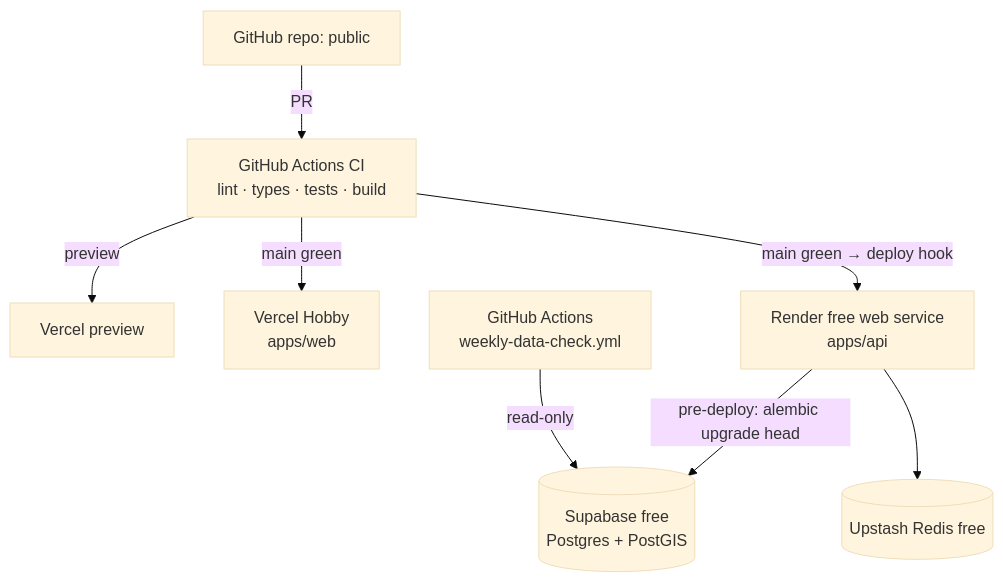
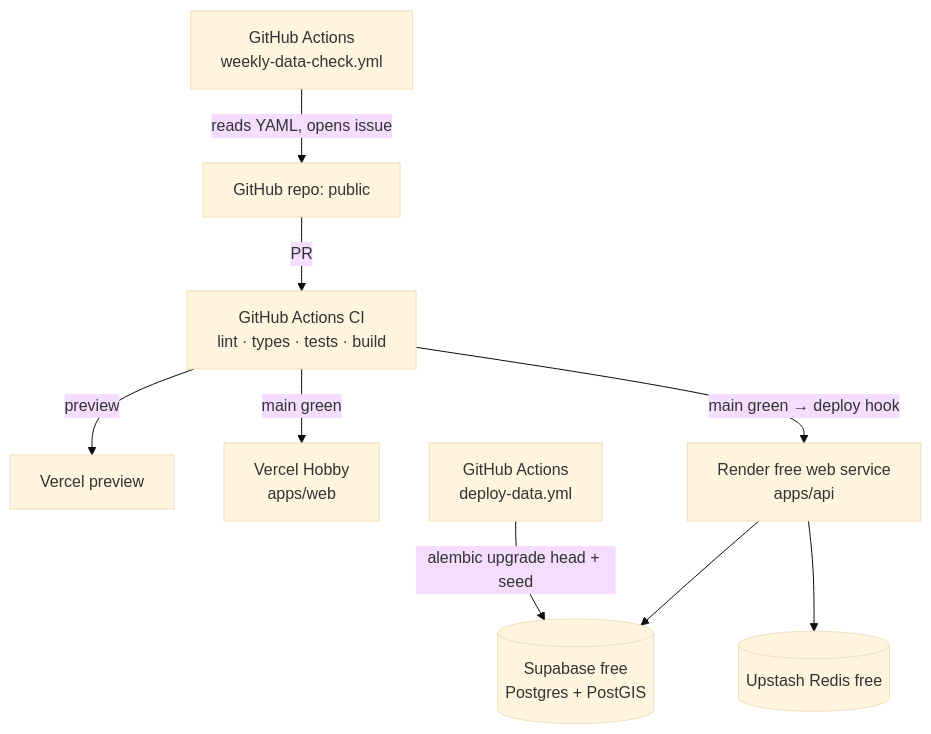
One commit to NagbhushanPai/AeroGuide changed the diagram in docs/architecture/deployment-architecture.md. Above: the diagram before and after it, drawn with Mermaid (base theme). The commit also changed other lines of this file and 9 other files, not shown here.

````diff
--- a/docs/architecture/deployment-architecture.md
+++ b/docs/architecture/deployment-architecture.md
@@ -5,10 +5,11 @@
 ```mermaid
 flowchart TB
   GH[GitHub repo: public] -->|PR| CI[GitHub Actions CI<br/>lint · types · tests · build]
   CI -->|preview| VP[Vercel preview]
   CI -->|main green| VD[Vercel Hobby<br/>apps/web]
   CI -->|main green → deploy hook| RA[Render free web service<br/>apps/api]
-  CRON[GitHub Actions<br/>weekly-data-check.yml] -->|read-only| SB
-  RA -->|pre-deploy: alembic upgrade head| SB[(Supabase free<br/>Postgres + PostGIS)]
+  CRON[GitHub Actions<br/>weekly-data-check.yml] -->|reads YAML, opens issue| GH
+  DD[GitHub Actions<br/>deploy-data.yml] -->|alembic upgrade head + seed| SB[(Supabase free<br/>Postgres + PostGIS)]
+  RA --> SB
   RA --> RD[(Upstash Redis free)]
 ```
````
